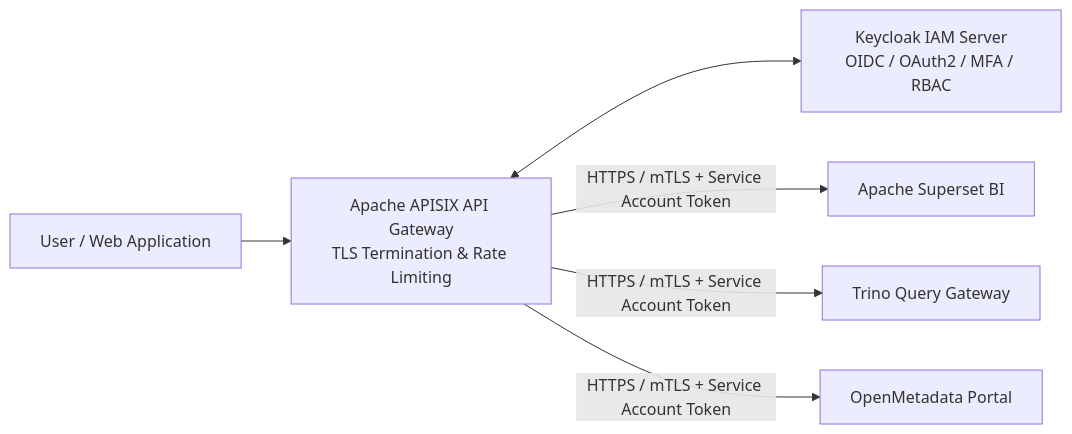
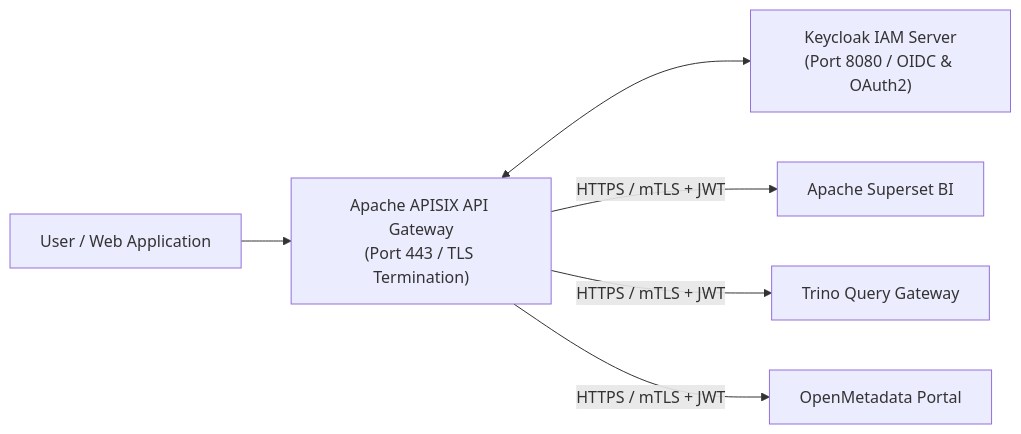
One commit to linuxmalaysia/bda-ai-infra changed the diagram in openwiki/governance/security-iam-gateway.md. Above: the diagram before and after it, drawn with Mermaid. The commit also changed other lines of this file and 18 other files, not shown here.

Commit message:
feat: add dual-render diagram AI skill and refactor all existing diagrams

````diff
--- a/openwiki/governance/security-iam-gateway.md
+++ b/openwiki/governance/security-iam-gateway.md
@@ -22,8 +69,8 @@
 ```mermaid
 flowchart LR
-    Client["User / Web Application"] --> APISIX["Apache APISIX API Gateway<br/>TLS Termination & Rate Limiting"]
-    APISIX <--> Keycloak["Keycloak IAM Server<br/>OIDC / OAuth2 / MFA / RBAC"]
-    APISIX -->|HTTPS / mTLS + Service Account Token| Superset["Apache Superset BI"]
-    APISIX -->|HTTPS / mTLS + Service Account Token| Trino["Trino Query Gateway"]
-    APISIX -->|HTTPS / mTLS + Service Account Token| OpenMetadata["OpenMetadata Portal"]
+    Client["User / Web Application"] --> APISIX["Apache APISIX API Gateway<br/>(Port 443 / TLS Termination)"]
+    APISIX <--> Keycloak["Keycloak IAM Server<br/>(Port 8080 / OIDC &amp; OAuth2)"]
+    APISIX -->|"HTTPS / mTLS + JWT"| Superset["Apache Superset BI"]
+    APISIX -->|"HTTPS / mTLS + JWT"| Trino["Trino Query Gateway"]
+    APISIX -->|"HTTPS / mTLS + JWT"| OpenMetadata["OpenMetadata Portal"]
 ```
````
